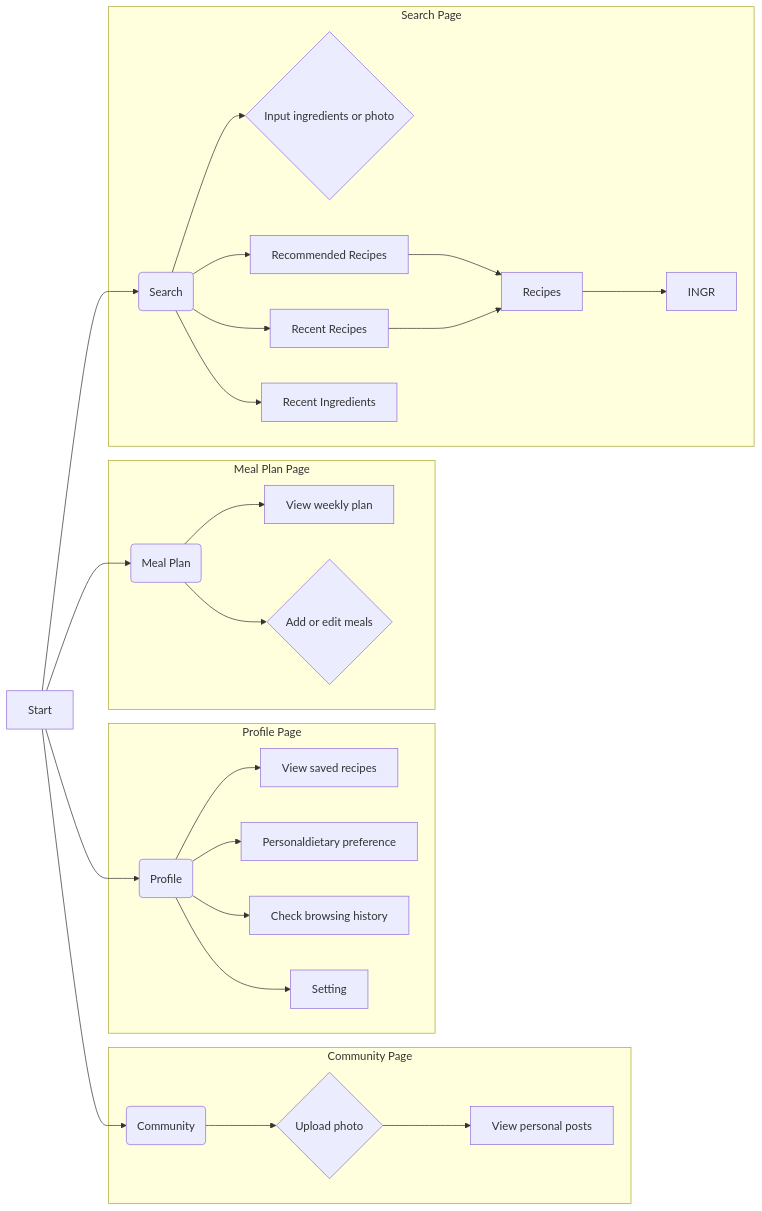
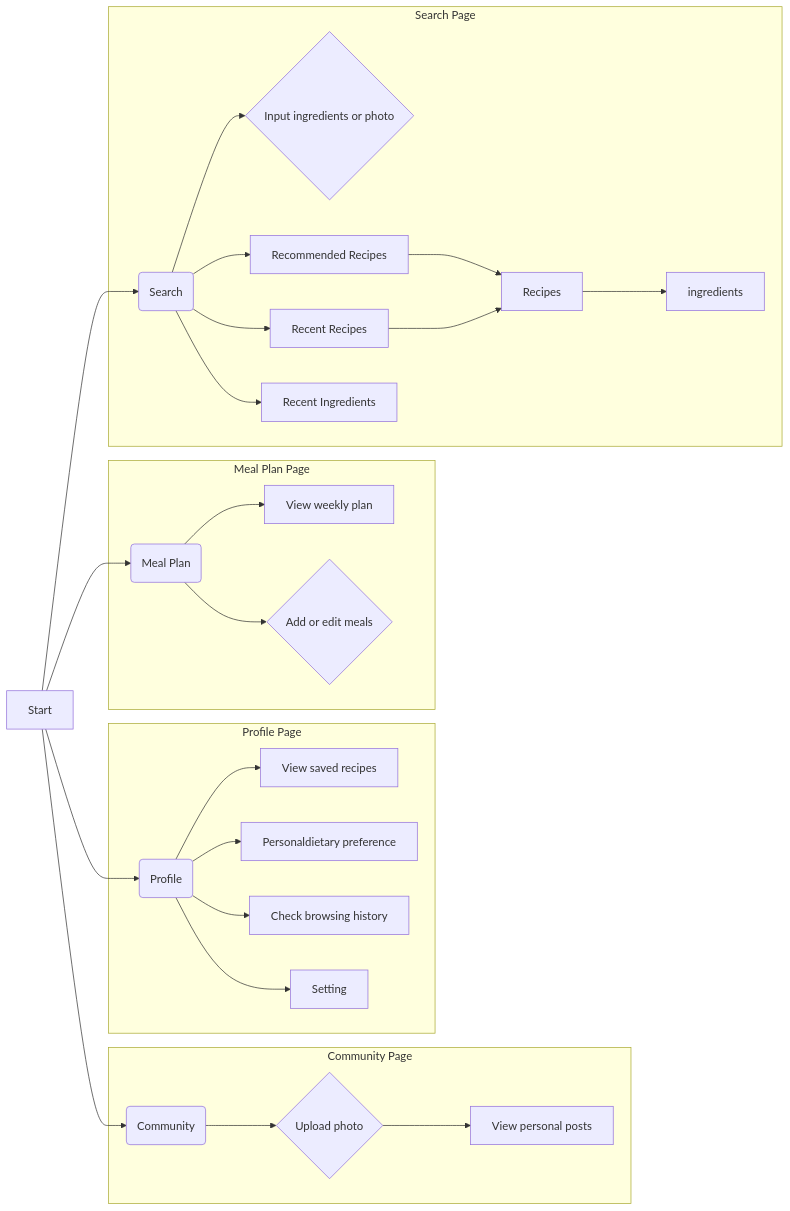
The diagram in all/未命名-2.md (seven8301/iodraw-files), drawn with Mermaid before and after one commit.

Commit message:
2025-04-09 20:37:16 update

````diff
--- a/all/未命名-2.md
+++ b/all/未命名-2.md
@@ -1,34 +1,34 @@
 ```mermaid
 graph LR
     A[Start] --> B(Search);
     A --> C(Community);
     A --> D(Meal Plan);
     A --> E(Profile);
 
     
     subgraph "Profile Page"
         E --> L[View saved recipes];
         E --> Q[Personaldietary preference];
         E --> M[Check browsing history];
         E --> P[Setting];
 
         
     end
       subgraph "Meal Plan Page"
         D --> J[View weekly plan];
         D --> K{Add or edit meals};
     end
      subgraph "Community Page"
         C --> H{Upload photo};
         H --> I[View personal posts];
     end
     subgraph "Search Page"
         B --> F{Input ingredients or photo};
         B --> G[Recommended Recipes];
         G --> R[Recipes];
         O --> R[Recipes];
-        R --> S[INGR];
+        R --> S[ingredients];
         B --> N[Recent Ingredients];
         B --> O[Recent Recipes];
     end
 ```
````
